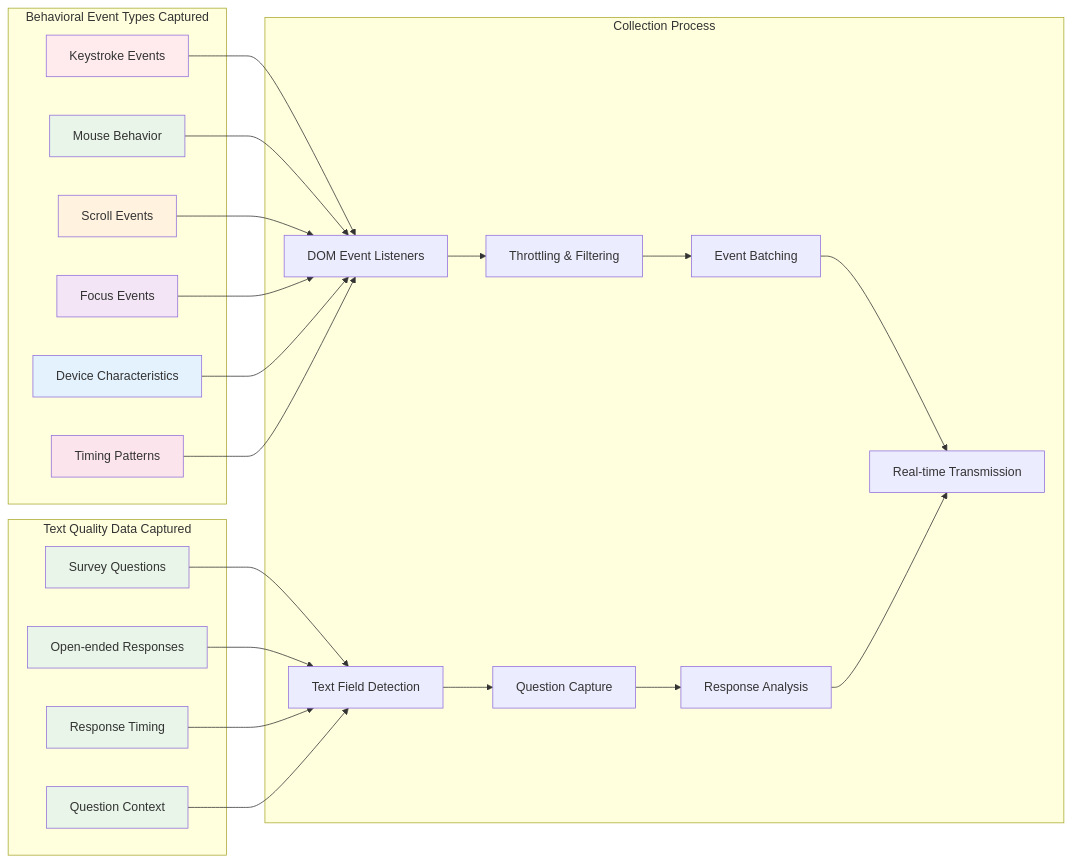
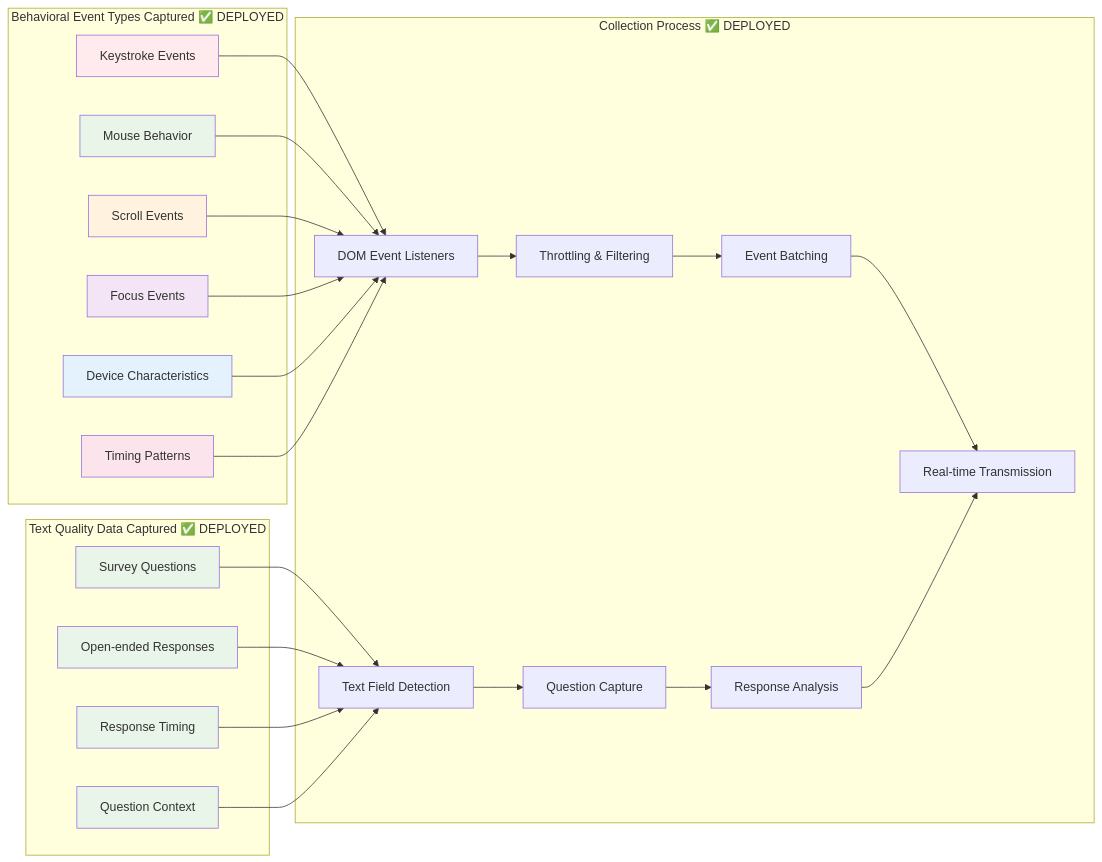
Before and after one commit to halderavik/bot_detection_live: the second of 10 diagrams in bot_detection_flow.md, drawn with Mermaid. The commit also changed other lines of this file and 1 other file, not shown here.

Commit message:
Update architecture docs with deployment status indicators (DEPLOYED/PLANNED/PARTIAL)

````diff
--- a/bot_detection_flow.md
+++ b/bot_detection_flow.md
@@ -83,58 +104,58 @@
 ```mermaid
 graph LR
-    subgraph "Behavioral Event Types Captured"
+    subgraph "Behavioral Event Types Captured ✅ DEPLOYED"
         A1[Keystroke Events]
         A2[Mouse Behavior]
         A3[Scroll Events]
         A4[Focus Events]
         A5[Device Characteristics]
         A6[Timing Patterns]
     end
     
-    subgraph "Text Quality Data Captured"
+    subgraph "Text Quality Data Captured ✅ DEPLOYED"
         A7[Survey Questions]
         A8[Open-ended Responses]
         A9[Response Timing]
         A10[Question Context]
     end
     
-    subgraph "Collection Process"
+    subgraph "Collection Process ✅ DEPLOYED"
         B1[DOM Event Listeners]
         B2[Text Field Detection]
         B3[Throttling & Filtering]
         B4[Event Batching]
         B5[Real-time Transmission]
         B6[Question Capture]
         B7[Response Analysis]
     end
     
     A1 --> B1
     A2 --> B1
     A3 --> B1
     A4 --> B1
     A5 --> B1
     A6 --> B1
     
     A7 --> B2
     A8 --> B2
     A9 --> B2
     A10 --> B2
     
     B1 --> B3
     B2 --> B6
     B6 --> B7
     B3 --> B4
     B4 --> B5
     B7 --> B5
     
     style A1 fill:#ffebee
     style A2 fill:#e8f5e8
     style A3 fill:#fff3e0
     style A4 fill:#f3e5f5
     style A5 fill:#e3f2fd
     style A6 fill:#fce4ec
     style A7 fill:#e8f5e8
     style A8 fill:#e8f5e8
     style A9 fill:#e8f5e8
     style A10 fill:#e8f5e8
 ```
````
